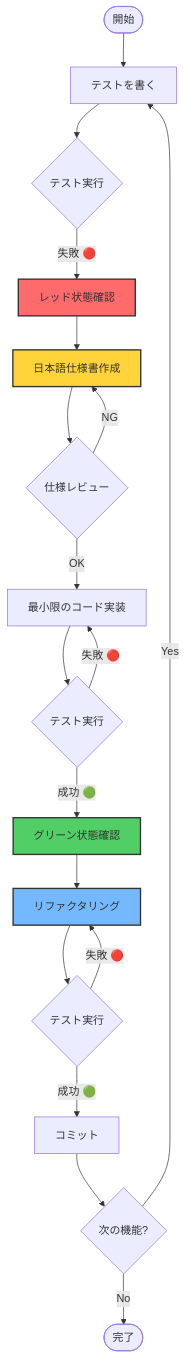
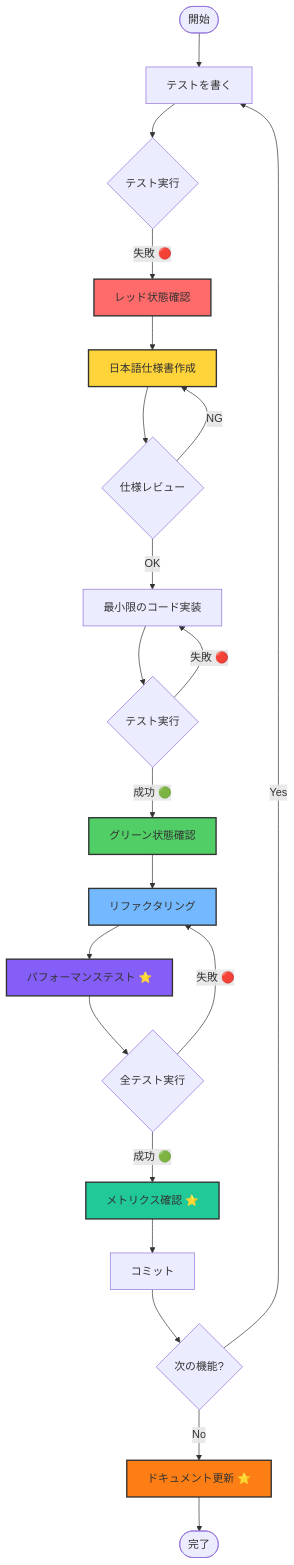
The first of 3 diagrams in CLAUDE.md (worldnine/tmux-claude-live), drawn with Mermaid before and after one commit. The commit also changed other lines of this file and 17 other files, not shown here.

````diff
--- a/CLAUDE.md
+++ b/CLAUDE.md
@@ -583,25 +659,31 @@
 ```mermaid
 flowchart TD
     Start([開始]) --> WriteTest[テストを書く]
     WriteTest --> RunTest{テスト実行}
     RunTest -->|失敗 🔴| Red[レッド状態確認]
     Red --> WriteSpec[日本語仕様書作成]
     WriteSpec --> Review{仕様レビュー}
     Review -->|OK| WriteCode[最小限のコード実装]
     Review -->|NG| WriteSpec
     WriteCode --> RunTest2{テスト実行}
     RunTest2 -->|成功 🟢| Green[グリーン状態確認]
     RunTest2 -->|失敗 🔴| WriteCode
     Green --> Refactor[リファクタリング]
-    Refactor --> RunTest3{テスト実行}
-    RunTest3 -->|成功 🟢| Commit[コミット]
+    Refactor --> PerformanceTest[パフォーマンステスト ⭐]
+    PerformanceTest --> RunTest3{全テスト実行}
+    RunTest3 -->|成功 🟢| Metrics[メトリクス確認 ⭐]
     RunTest3 -->|失敗 🔴| Refactor
+    Metrics --> Commit[コミット]
     Commit --> NextFeature{次の機能?}
     NextFeature -->|Yes| WriteTest
-    NextFeature -->|No| End([完了])
+    NextFeature -->|No| Documentation[ドキュメント更新 ⭐]
+    Documentation --> End([完了])
 
     style Red fill:#ff6b6b,stroke:#333,stroke-width:2px
     style Green fill:#51cf66,stroke:#333,stroke-width:2px
     style WriteSpec fill:#ffd43b,stroke:#333,stroke-width:2px
     style Refactor fill:#74b9ff,stroke:#333,stroke-width:2px
+    style PerformanceTest fill:#845ef7,stroke:#333,stroke-width:2px
+    style Metrics fill:#20c997,stroke:#333,stroke-width:2px
+    style Documentation fill:#fd7e14,stroke:#333,stroke-width:2px
 ```
````
